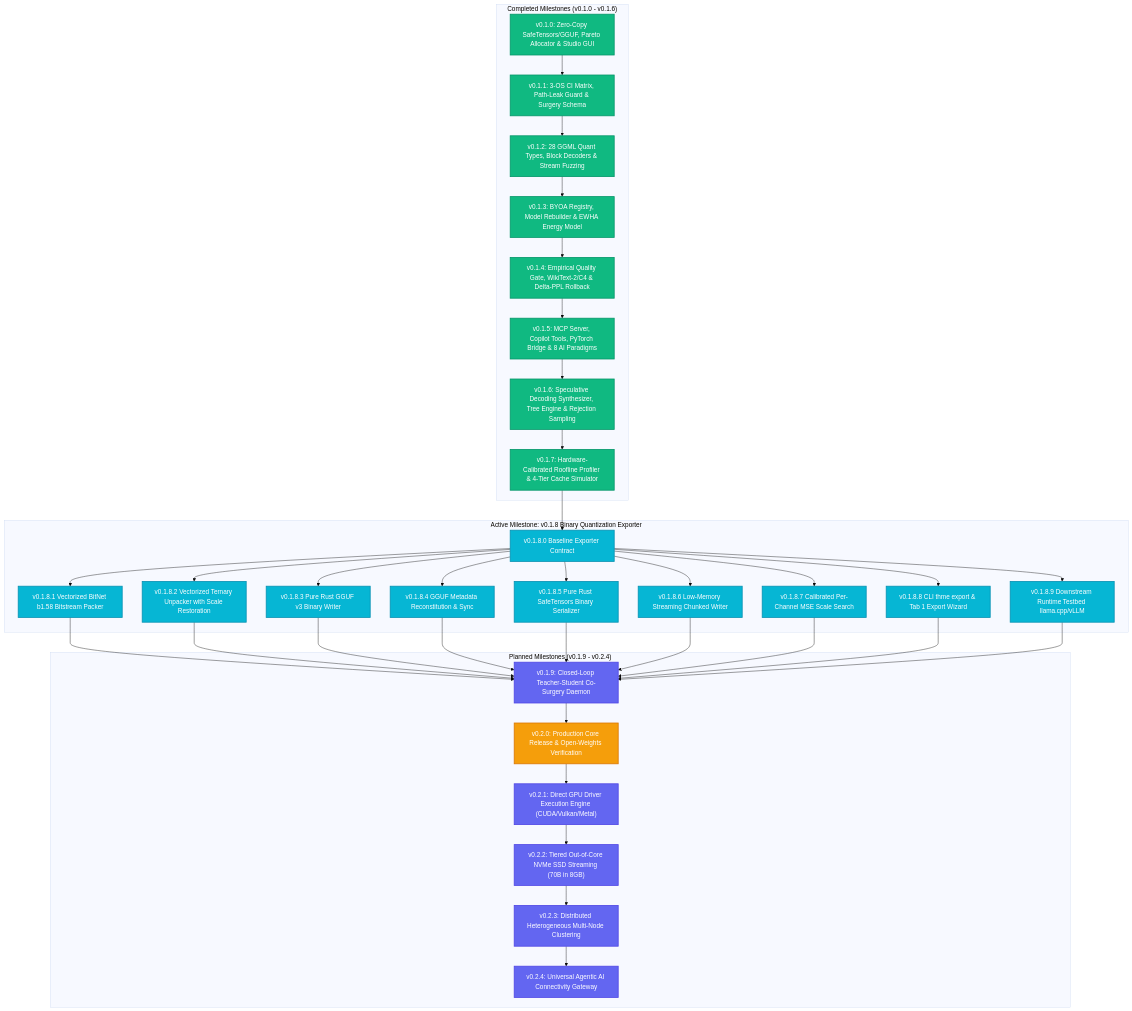
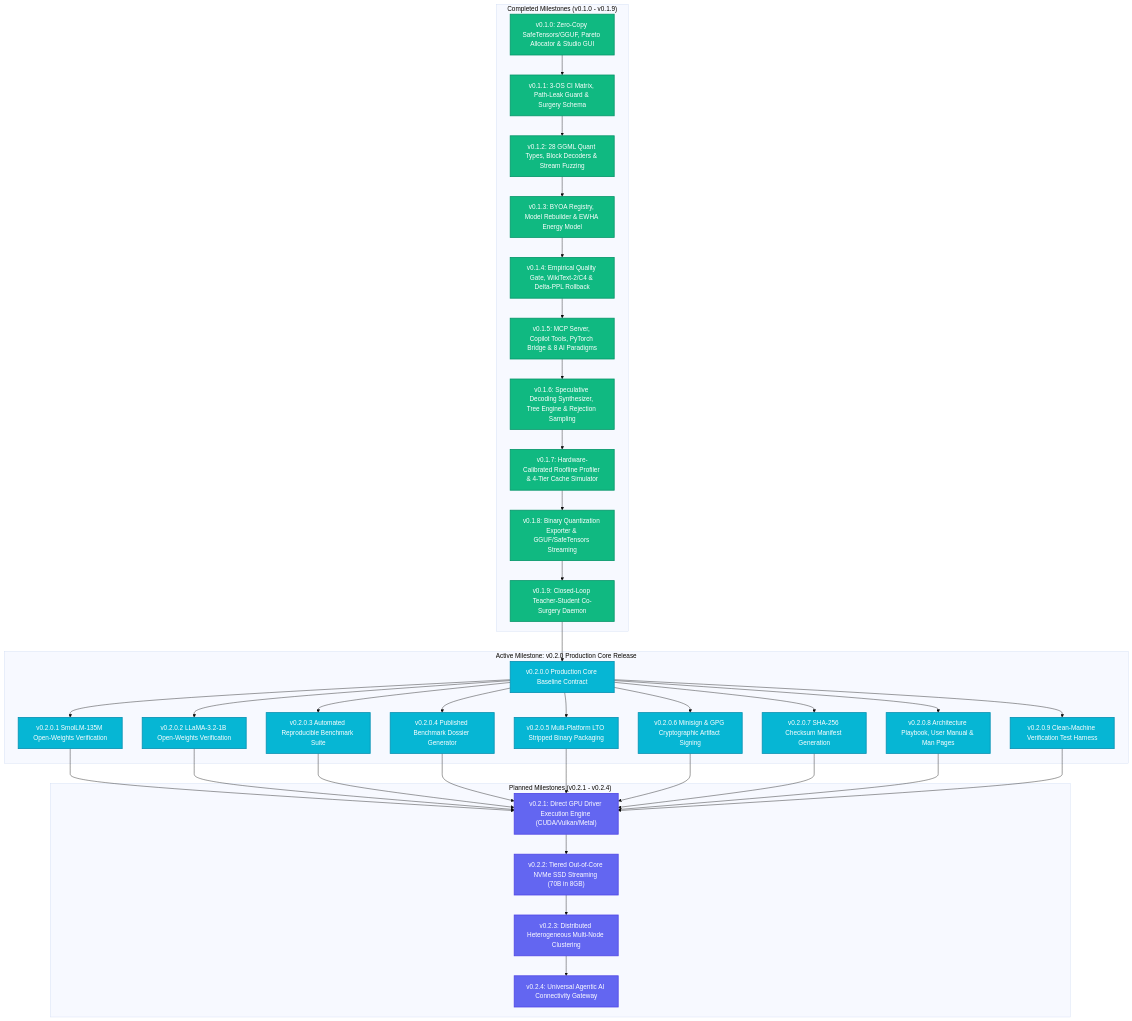
One commit to EdEpiphanes/THME-Epiphanes changed the first of 6 diagrams in README.md. Above: the diagram before and after it, drawn with Mermaid (base theme). The commit also changed other lines of this file and 1 other file, not shown here.

Commit message:
docs(roadmap): synchronize README.md and ROADMAP.md with v0.2.0 active layout

````diff
--- a/README.md
+++ b/README.md
@@ -274,50 +274,50 @@
 ```mermaid
 flowchart TD
     classDef done fill:#10b981,stroke:#059669,stroke-width:2px,color:#ffffff;
     classDef active fill:#06b6d4,stroke:#0891b2,stroke-width:2px,color:#ffffff;
     classDef planned fill:#6366f1,stroke:#4f46e5,stroke-width:2px,color:#ffffff;
     classDef target fill:#f59e0b,stroke:#d97706,stroke-width:2px,color:#ffffff;
 
-    subgraph Released ["Completed Milestones (v0.1.0 - v0.1.6)"]
+    subgraph Released ["Completed Milestones (v0.1.0 - v0.1.9)"]
         v010["v0.1.0: Zero-Copy SafeTensors/GGUF, Pareto Allocator & Studio GUI"]:::done
         v011["v0.1.1: 3-OS CI Matrix, Path-Leak Guard & Surgery Schema"]:::done
         v012["v0.1.2: 28 GGML Quant Types, Block Decoders & Stream Fuzzing"]:::done
         v013["v0.1.3: BYOA Registry, Model Rebuilder & EWHA Energy Model"]:::done
         v014["v0.1.4: Empirical Quality Gate, WikiText-2/C4 & Delta-PPL Rollback"]:::done
         v015["v0.1.5: MCP Server, Copilot Tools, PyTorch Bridge & 8 AI Paradigms"]:::done
         v016["v0.1.6: Speculative Decoding Synthesizer, Tree Engine & Rejection Sampling"]:::done
         v017["v0.1.7: Hardware-Calibrated Roofline Profiler & 4-Tier Cache Simulator"]:::done
+        v018["v0.1.8: Binary Quantization Exporter & GGUF/SafeTensors Streaming"]:::done
+        v019["v0.1.9: Closed-Loop Teacher-Student Co-Surgery Daemon"]:::done
 
-        v010 --> v011 --> v012 --> v013 --> v014 --> v015 --> v016 --> v017
+        v010 --> v011 --> v012 --> v013 --> v014 --> v015 --> v016 --> v017 --> v018 --> v019
     end
 
-    v017 --> v018_0
+    v019 --> v020_0
 
-    subgraph ActiveMilestone ["Active Milestone: v0.1.8 Binary Quantization Exporter"]
-        v018_0["v0.1.8.0 Baseline Exporter Contract"]:::active
-        v018_1["v0.1.8.1 Vectorized BitNet b1.58 Bitstream Packer"]:::active
-        v018_2["v0.1.8.2 Vectorized Ternary Unpacker with Scale Restoration"]:::active
-        v018_3["v0.1.8.3 Pure Rust GGUF v3 Binary Writer"]:::active
-        v018_4["v0.1.8.4 GGUF Metadata Reconstitution & Sync"]:::active
-        v018_5["v0.1.8.5 Pure Rust SafeTensors Binary Serializer"]:::active
-        v018_6["v0.1.8.6 Low-Memory Streaming Chunked Writer"]:::active
-        v018_7["v0.1.8.7 Calibrated Per-Channel MSE Scale Search"]:::active
-        v018_8["v0.1.8.8 CLI thme export & Tab 1 Export Wizard"]:::active
-        v018_9["v0.1.8.9 Downstream Runtime Testbed llama.cpp/vLLM"]:::active
+    subgraph ActiveMilestone ["Active Milestone: v0.2.0 Production Core Release"]
+        v020_0["v0.2.0.0 Production Core Baseline Contract"]:::active
+        v020_1["v0.2.0.1 SmolLM-135M Open-Weights Verification"]:::active
+        v020_2["v0.2.0.2 LLaMA-3.2-1B Open-Weights Verification"]:::active
+        v020_3["v0.2.0.3 Automated Reproducible Benchmark Suite"]:::active
+        v020_4["v0.2.0.4 Published Benchmark Dossier Generator"]:::active
+        v020_5["v0.2.0.5 Multi-Platform LTO Stripped Binary Packaging"]:::active
+        v020_6["v0.2.0.6 Minisign & GPG Cryptographic Artifact Signing"]:::active
+        v020_7["v0.2.0.7 SHA-256 Checksum Manifest Generation"]:::active
+        v020_8["v0.2.0.8 Architecture Playbook, User Manual & Man Pages"]:::active
+        v020_9["v0.2.0.9 Clean-Machine Verification Test Harness"]:::active
 
-        v018_0 --> v018_1 & v018_2 & v018_3 & v018_4 & v018_5 & v018_6 & v018_7 & v018_8 & v018_9
+        v020_0 --> v020_1 & v020_2 & v020_3 & v020_4 & v020_5 & v020_6 & v020_7 & v020_8 & v020_9
     end
 
-    v018_1 & v018_2 & v018_3 & v018_4 & v018_5 & v018_6 & v018_7 & v018_8 & v018_9 --> v019
+    v020_1 & v020_2 & v020_3 & v020_4 & v020_5 & v020_6 & v020_7 & v020_8 & v020_9 --> v021
 
-    subgraph PlannedMilestones ["Planned Milestones (v0.1.9 - v0.2.4)"]
-        v019["v0.1.9: Closed-Loop Teacher-Student Co-Surgery Daemon"]:::planned
-        v020["v0.2.0: Production Core Release & Open-Weights Verification"]:::target
+    subgraph PlannedMilestones ["Planned Milestones (v0.2.1 - v0.2.4)"]
         v021["v0.2.1: Direct GPU Driver Execution Engine (CUDA/Vulkan/Metal)"]:::planned
         v022["v0.2.2: Tiered Out-of-Core NVMe SSD Streaming (70B in 8GB)"]:::planned
         v023["v0.2.3: Distributed Heterogeneous Multi-Node Clustering"]:::planned
         v024["v0.2.4: Universal Agentic AI Connectivity Gateway"]:::planned
 
-        v019 --> v020 --> v021 --> v022 --> v023 --> v024
+        v021 --> v022 --> v023 --> v024
     end
 ```
````
